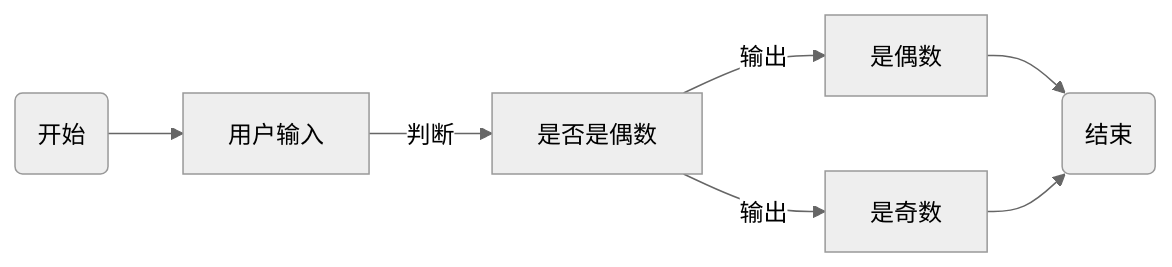
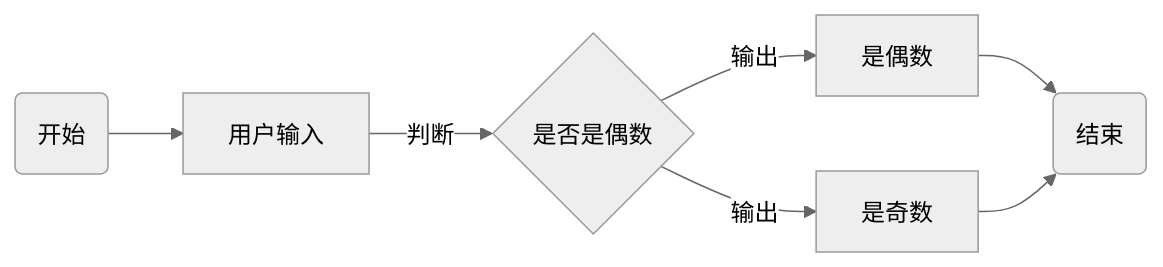
The diagram in experiment2.md (ijefie/gittt), drawn with Mermaid (neutral theme) before and after one commit. The commit also changed 2 other files, not shown here.

Commit message:
改

````diff
--- a/experiment2.md
+++ b/experiment2.md
@@ -80,10 +80,10 @@
 ```mermaid
 flowchart  LR
 Start(开始) --> Scanf[用户输入]
-    Scanf --> |判断|If[是否是偶数]
+    Scanf --> |判断|If{是否是偶数}
 If --> |输出|ou[是偶数]
 If --> |输出|ji[是奇数]
     ou --> End(结束)
     ji --> End(结束)
 
 ```
````
